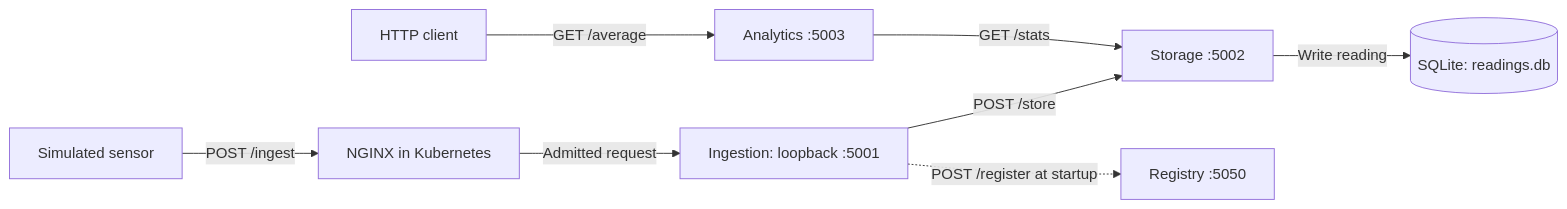
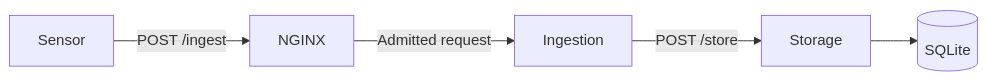
One commit to tfdmendes/ssle-threat-monitoring changed the second of 2 diagrams in README.md. Above: the diagram before and after it, drawn with Mermaid. The commit also changed other lines of this file and 13 other files, not shown here.

````diff
--- a/README.md
+++ b/README.md
@@ -9,10 +39,7 @@
 ```mermaid
 flowchart LR
-    Sensor["Simulated sensor"] -->|"POST /ingest"| Proxy["NGINX in Kubernetes"]
-    Proxy -->|"Admitted request"| Ingestion["Ingestion: loopback :5001"]
-    Ingestion -->|"POST /store"| Storage["Storage :5002"]
-    Storage -->|"Write reading"| DB[("SQLite: readings.db")]
-    Client["HTTP client"] -->|"GET /average"| Analytics["Analytics :5003"]
-    Analytics -->|"GET /stats"| Storage
-    Ingestion -.->|"POST /register at startup"| Registry["Registry :5050"]
+    Sensor["Sensor"] -->|"POST /ingest"| Nginx["NGINX"]
+    Nginx -->|"Admitted request"| Ingestion["Ingestion"]
+    Ingestion -->|"POST /store"| Storage["Storage"]
+    Storage --> Database[("SQLite")]
 ```
````
